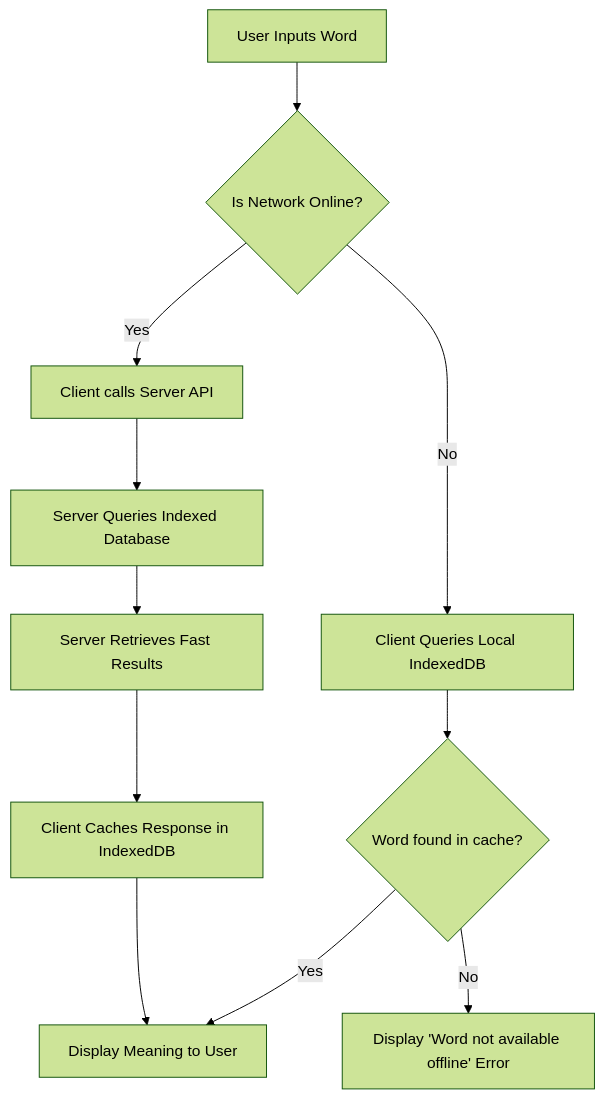
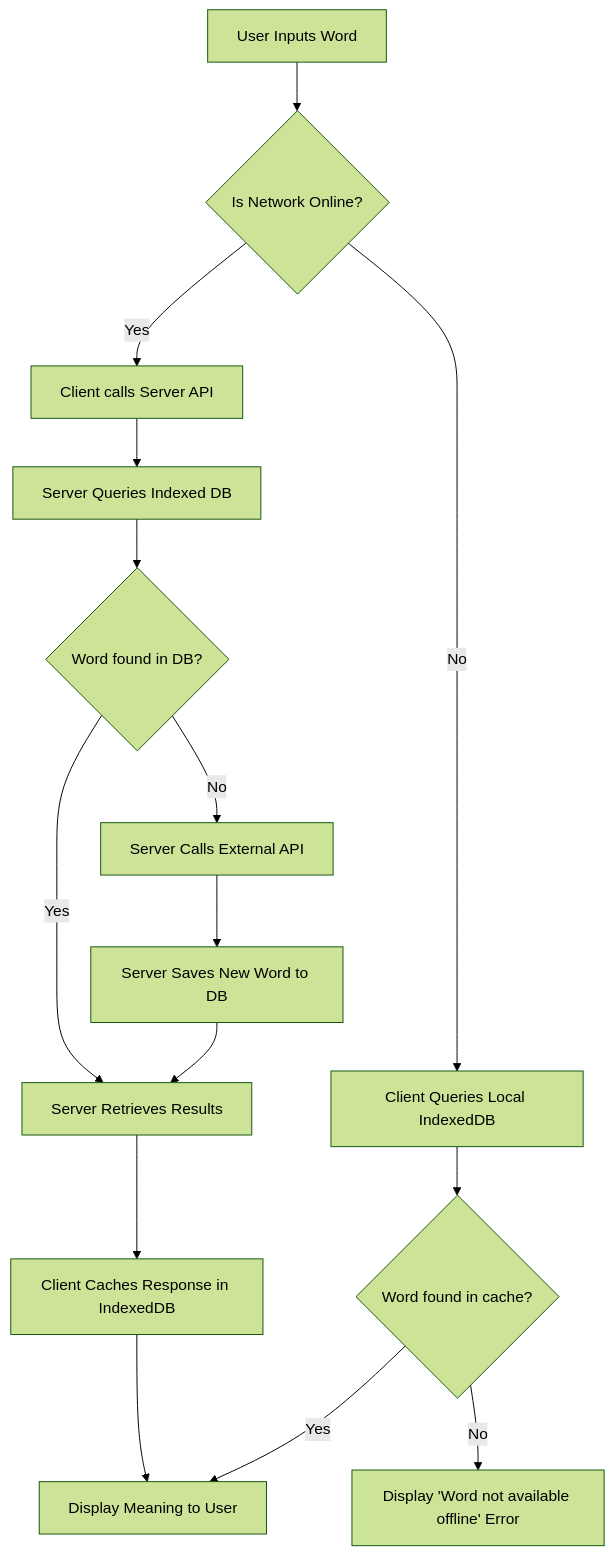
One commit to Rick13211/dictionary changed the diagram in Project_Report.md. Above: the diagram before and after it, drawn with Mermaid (forest theme). The commit also changed other lines of this file and 4 other files, not shown here.

````diff
--- a/Project_Report.md
+++ b/Project_Report.md
@@ -75,14 +74,21 @@
 ```mermaid
 flowchart TD
     A[User Inputs Word] --> B{Is Network Online?}
+    
     B -- Yes --> C[Client calls Server API]
-    C --> D[Server Queries Indexed Database]
-    D --> E[Server Retrieves Fast Results]
+    C --> D[Server Queries Indexed DB]
+    D --> K{Word found in DB?}
+    
+    K -- Yes --> E[Server Retrieves Results]
+    K -- No --> L[Server Calls External API]
+    L --> M[Server Saves New Word to DB]
+    M --> E
+    
     E --> F[Client Caches Response in IndexedDB]
     F --> G[Display Meaning to User]
     
     B -- No --> H[Client Queries Local IndexedDB]
     H --> I{Word found in cache?}
     I -- Yes --> G
     I -- No --> J[Display 'Word not available offline' Error]
 ```
````
